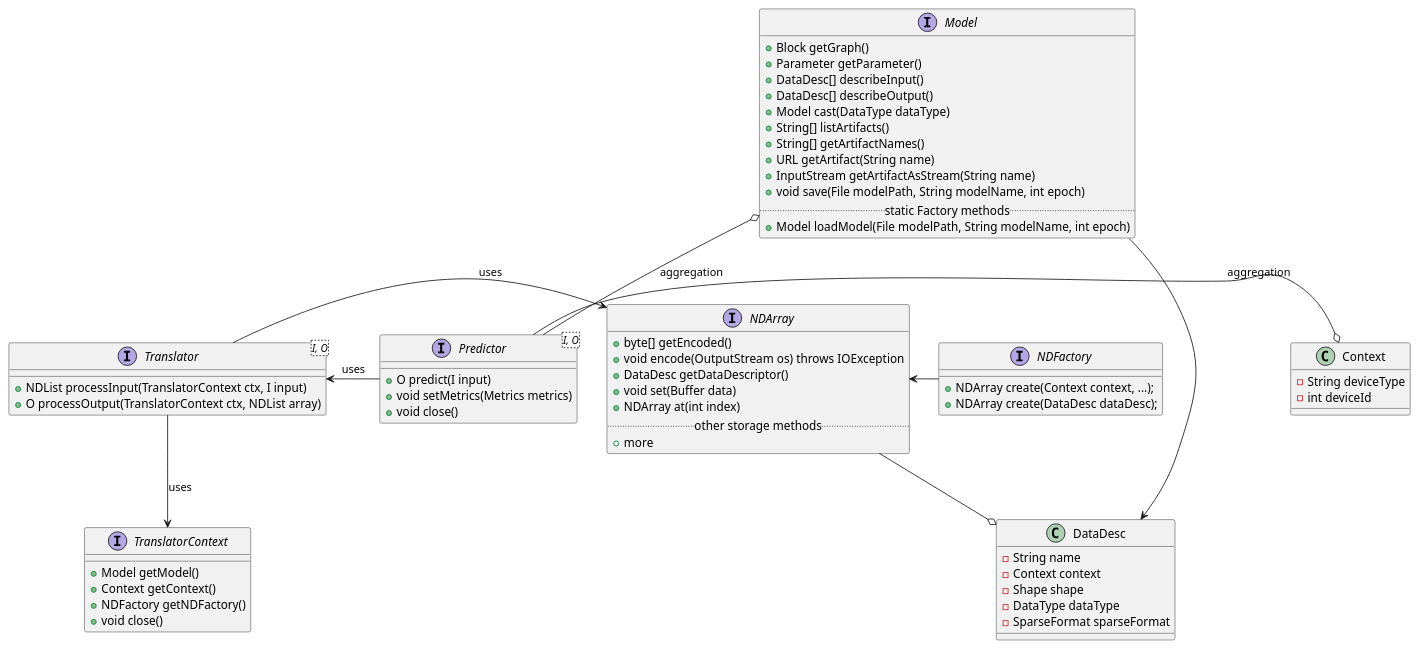
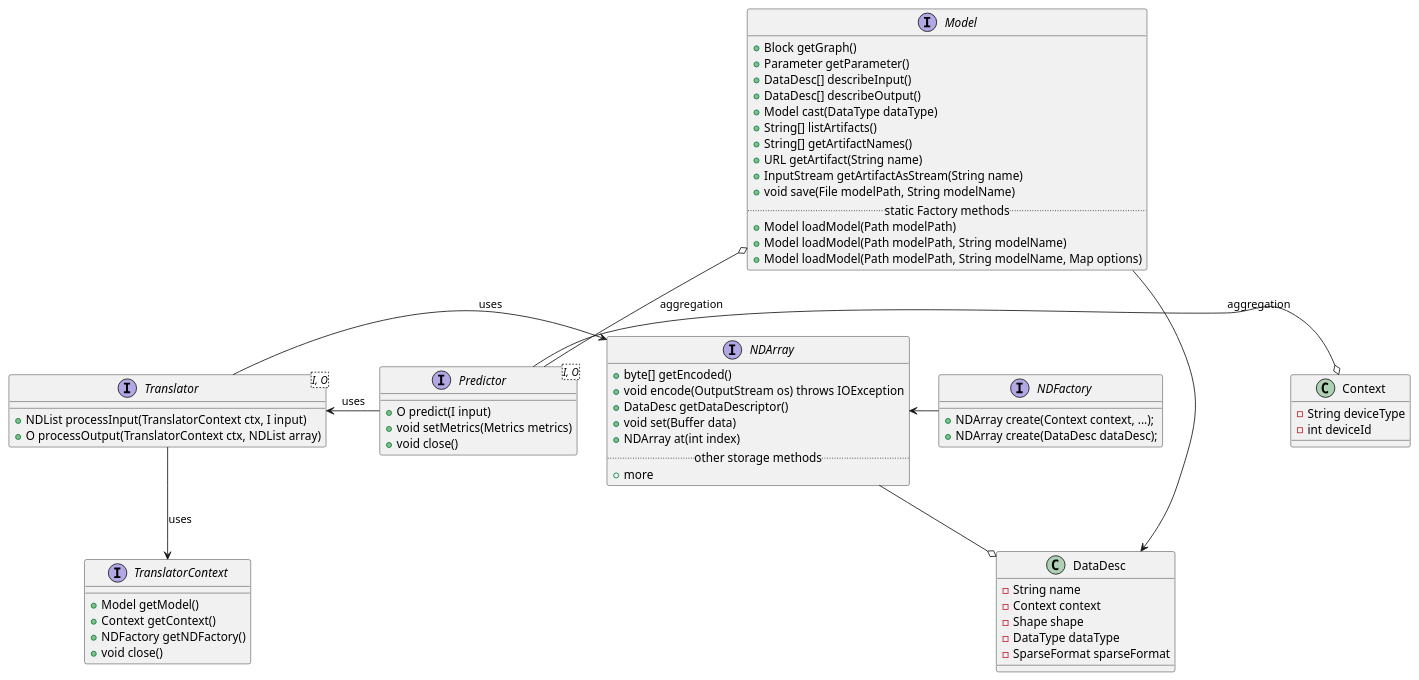
One commit to deepjavalibrary/djl changed the diagram in api/src/main/uml/Inference.puml. Above: the diagram before and after it, drawn with PlantUML. The commit also changed 10 other files, not shown here.

```diff
--- a/api/src/main/uml/Inference.puml
+++ b/api/src/main/uml/Inference.puml
@@ -1,72 +1,74 @@
 @startuml
 class Context {
 	-String deviceType
 	-int deviceId
 }
 
 class DataDesc {
 	-String name
 	-Context context
 	-Shape shape
 	-DataType dataType
 	-SparseFormat sparseFormat
 }
 
 interface Model {
     +Block getGraph()
     +Parameter getParameter()
     +DataDesc[] describeInput()
     +DataDesc[] describeOutput()
     +Model cast(DataType dataType)
     +String[] listArtifacts()
     +String[] getArtifactNames()
     +URL getArtifact(String name)
     +InputStream getArtifactAsStream(String name)
-    +void save(File modelPath, String modelName, int epoch)
+    +void save(File modelPath, String modelName)
 	.. static Factory methods ..
-    +Model loadModel(File modelPath, String modelName, int epoch)
+    +Model loadModel(Path modelPath)
+    +Model loadModel(Path modelPath, String modelName)
+    +Model loadModel(Path modelPath, String modelName, Map options)
 }
 
 interface Translator<I, O> {
     +NDList processInput(TranslatorContext ctx, I input)
     +O processOutput(TranslatorContext ctx, NDList array)
 }
 
 interface Predictor<I, O> {
     +O predict(I input)
     +void setMetrics(Metrics metrics)
     +void close()
 }
 
 interface TranslatorContext {
     +Model getModel()
     +Context getContext()
     +NDFactory getNDFactory()
     +void close()
 }
 
 interface NDFactory {
     +NDArray create(Context context, ...);
     +NDArray create(DataDesc dataDesc);
 }
 
 interface NDArray {
     +byte[] getEncoded()
     +void encode(OutputStream os) throws IOException
     +DataDesc getDataDescriptor()
     +void set(Buffer data)
     +NDArray at(int index)
 	.. other storage methods ..
     +more
 }
 
 Model -right-> DataDesc
 Model o-down- Predictor : aggregation
 Predictor -right-o Context : aggregation
 Predictor -right-> Translator : uses
 Translator -right-> NDArray : uses
 Translator --> TranslatorContext : uses
 NDFactory -left-> NDArray
 NDArray -down-o DataDesc
 
 @enduml
```
